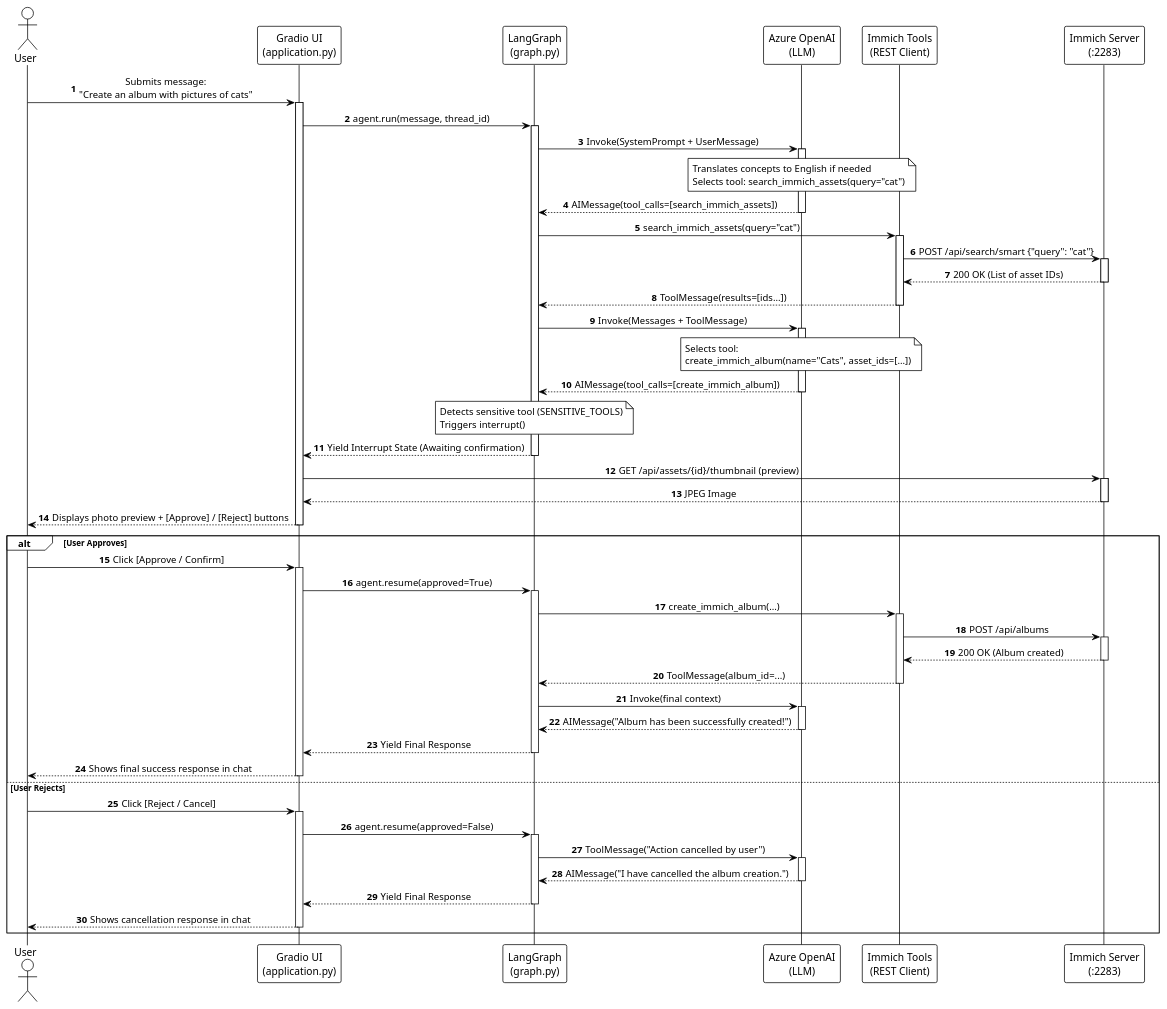
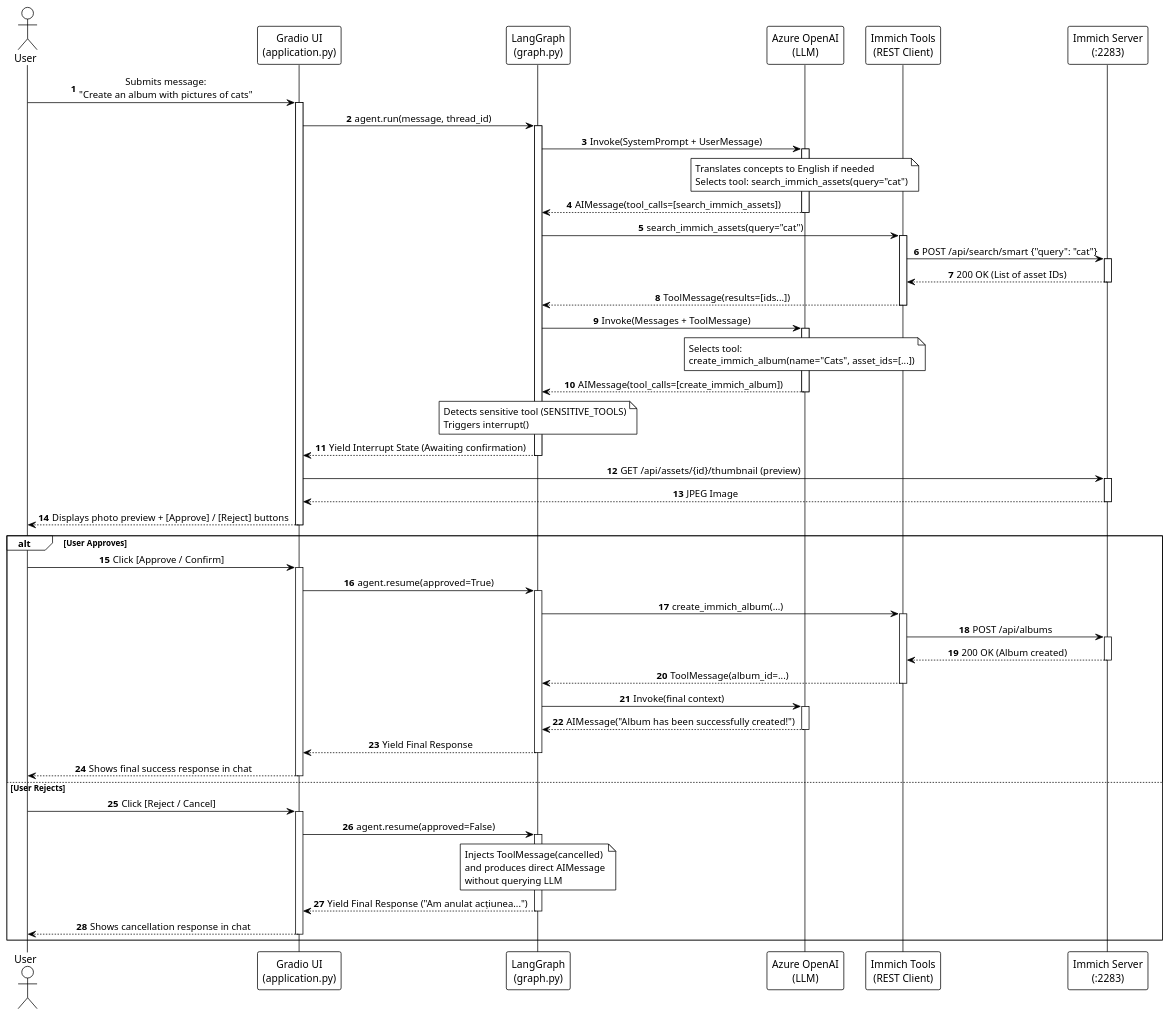
One commit to vasile-iamandi/agentic-photo-organizer changed the diagram in architecture/message_flow.puml. Above: the diagram before and after it, drawn with PlantUML. The commit also changed 2 other files, not shown here.

Commit message:
feat(graph): handle action cancellation directly without extra LLM invocation
    - Return a predefined cancellation AIMessage directly to END in human_confirmation_node
    - Avoid unnecessary Azure OpenAI token consumption and delay on user rejection
    - Keep ToolMessage history synchronized for cancelled tool calls
    - Update architecture and message flow PlantUML diagrams accordingly

```diff
--- a/architecture/message_flow.puml
+++ b/architecture/message_flow.puml
@@ -1,106 +1,107 @@
 @startuml message_flow
 !theme plain
 autonumber
 skinparam sequenceMessageAlign center
 skinparam shadowing false
 skinparam responseMessageBelowArrow true
 
 actor "User" as User
 participant "Gradio UI\n(application.py)" as Gradio
 participant "LangGraph\n(graph.py)" as Graph
 participant "Azure OpenAI\n(LLM)" as LLM
 participant "Immich Tools\n(REST Client)" as Tools
 participant "Immich Server\n(:2283)" as Immich
 
 User -> Gradio : Submits message:\n"Create an album with pictures of cats"
 activate Gradio
 
 Gradio -> Graph : agent.run(message, thread_id)
 activate Graph
 
 Graph -> LLM : Invoke(SystemPrompt + UserMessage)
 activate LLM
 note over LLM
   Translates concepts to English if needed
   Selects tool: search_immich_assets(query="cat")
 end note
 LLM --> Graph : AIMessage(tool_calls=[search_immich_assets])
 deactivate LLM
 
 Graph -> Tools : search_immich_assets(query="cat")
 activate Tools
 Tools -> Immich : POST /api/search/smart {"query": "cat"}
 activate Immich
 Immich --> Tools : 200 OK (List of asset IDs)
 deactivate Immich
 Tools --> Graph : ToolMessage(results=[ids...])
 deactivate Tools
 
 Graph -> LLM : Invoke(Messages + ToolMessage)
 activate LLM
 note over LLM
   Selects tool:
   create_immich_album(name="Cats", asset_ids=[...])
 end note
 LLM --> Graph : AIMessage(tool_calls=[create_immich_album])
 deactivate LLM
 
 note over Graph
   Detects sensitive tool (SENSITIVE_TOOLS)
   Triggers interrupt()
 end note
 
 Graph --> Gradio : Yield Interrupt State (Awaiting confirmation)
 deactivate Graph
 
 Gradio -> Immich : GET /api/assets/{id}/thumbnail (preview)
 activate Immich
 Immich --> Gradio : JPEG Image
 deactivate Immich
 
 Gradio --> User : Displays photo preview + [Approve] / [Reject] buttons
 deactivate Gradio
 
 alt User Approves
     User -> Gradio : Click [Approve / Confirm]
     activate Gradio
     Gradio -> Graph : agent.resume(approved=True)
     activate Graph
     
     Graph -> Tools : create_immich_album(...)
     activate Tools
     Tools -> Immich : POST /api/albums
     activate Immich
     Immich --> Tools : 200 OK (Album created)
     deactivate Immich
     Tools --> Graph : ToolMessage(album_id=...)
     deactivate Tools
     
     Graph -> LLM : Invoke(final context)
     activate LLM
     LLM --> Graph : AIMessage("Album has been successfully created!")
     deactivate LLM
     
     Graph --> Gradio : Yield Final Response
     deactivate Graph
     Gradio --> User : Shows final success response in chat
     deactivate Gradio
 
 else User Rejects
     User -> Gradio : Click [Reject / Cancel]
     activate Gradio
     Gradio -> Graph : agent.resume(approved=False)
     activate Graph
     
-    Graph -> LLM : ToolMessage("Action cancelled by user")
-    activate LLM
-    LLM --> Graph : AIMessage("I have cancelled the album creation.")
-    deactivate LLM
+    note over Graph
+      Injects ToolMessage(cancelled)
+      and produces direct AIMessage
+      without querying LLM
+    end note
     
-    Graph --> Gradio : Yield Final Response
+    Graph --> Gradio : Yield Final Response ("Am anulat acțiunea...")
     deactivate Graph
     Gradio --> User : Shows cancellation response in chat
     deactivate Gradio
 end
 
 @enduml
```
